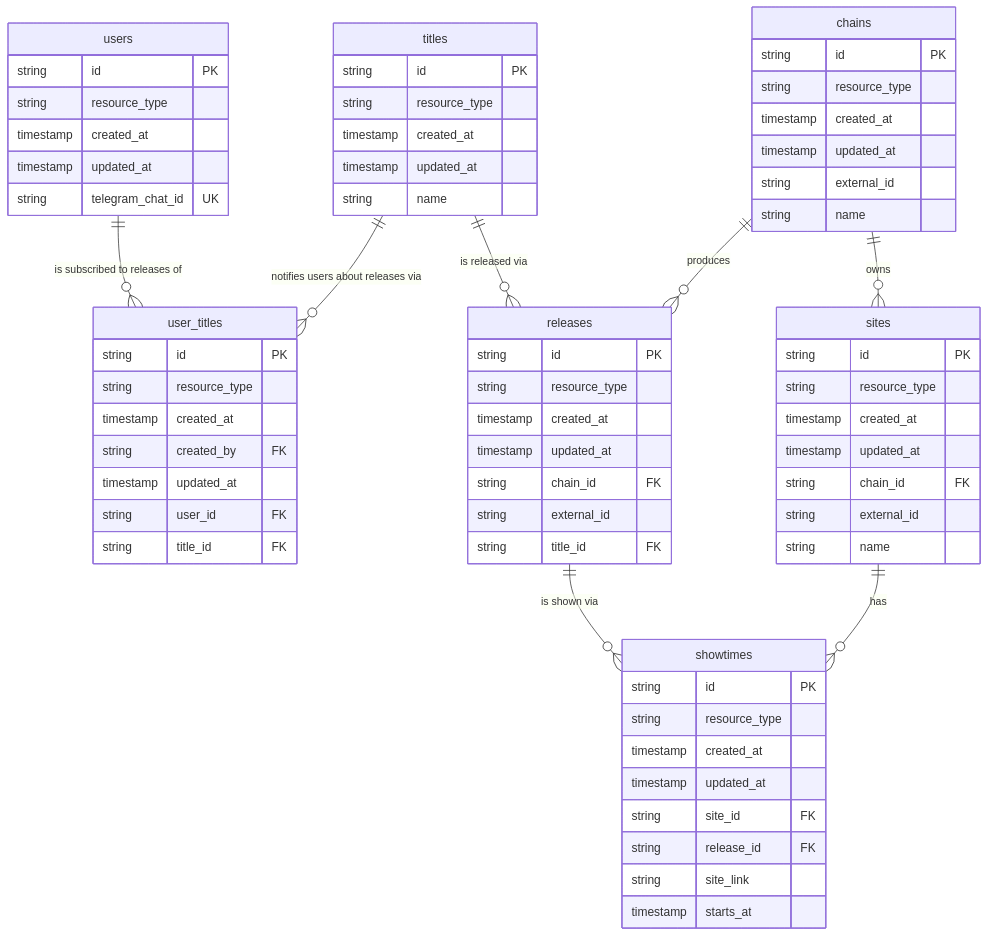
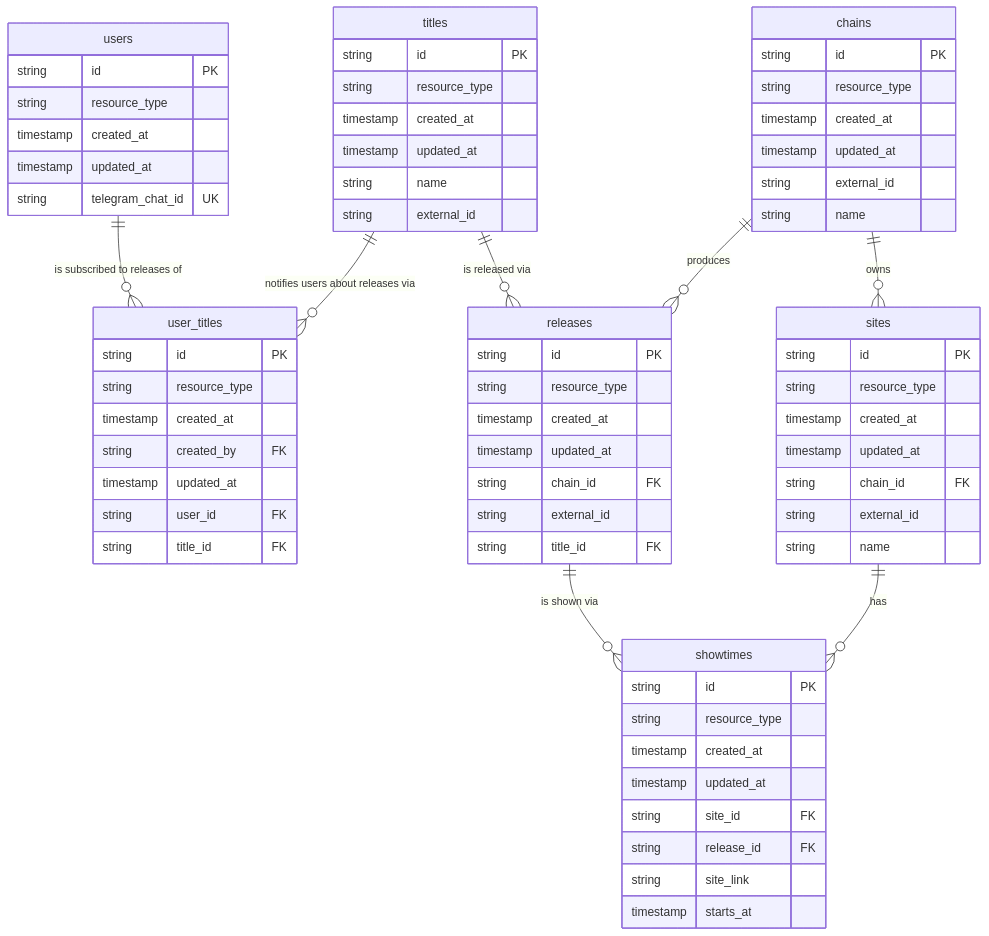
One commit to vorant94/the-repo changed the diagram in apps/sofash/docs/erd.mmd. Above: the diagram before and after it, drawn with Mermaid. The commit also changed 4 other files, not shown here.

```diff
--- a/apps/sofash/docs/erd.mmd
+++ b/apps/sofash/docs/erd.mmd
@@ -1,87 +1,88 @@
 erDiagram
 	users {
 		string		id PK
 		string		resource_type
 		timestamp	created_at
 		timestamp	updated_at
 
 		string 		telegram_chat_id UK
 	}
 
 	user_titles {
 		string 		id PK
 		string		resource_type
 		timestamp	created_at
 		string		created_by FK
 		timestamp	updated_at
 
 		string 		user_id FK
 		string 		title_id FK
 	}
 
 	chains {
 		string		id PK
 		string		resource_type
 		timestamp	created_at
 		timestamp	updated_at
 
     string    external_id
 
 		string		name
 	}
 
 	sites {
 		string		id PK
 		string		resource_type
 		timestamp	created_at
 		timestamp	updated_at
 
 		string		chain_id FK
     string    external_id
 
 		string		name
 	}
 
 	releases {
 		string		id PK
 		string		resource_type
 		timestamp	created_at
 		timestamp	updated_at
 
     string		chain_id FK
     string		external_id
     string    title_id FK
 	}
 
 	showtimes {
 		string		id PK
 		string		resource_type
 		timestamp	created_at
 		timestamp	updated_at
 
 		string		site_id FK
 		string		release_id FK
 
 		string		site_link
 		timestamp	starts_at
 	}
 
 	titles {
 		string		id PK
 		string		resource_type
 		timestamp	created_at
 		timestamp	updated_at
 
 		string		name
+    string		external_id
 	}
 
 	titles ||--o{ releases : "is released via"
 
 	users ||--o{ user_titles : "is subscribed to releases of"
 	titles ||--o{ user_titles : "notifies users about releases via"
 
 	chains ||--o{ sites : "owns"
 	chains ||--o{ releases : "produces"
 
 	sites ||--o{ showtimes : "has"
 	releases ||--o{ showtimes : "is shown via"
```
